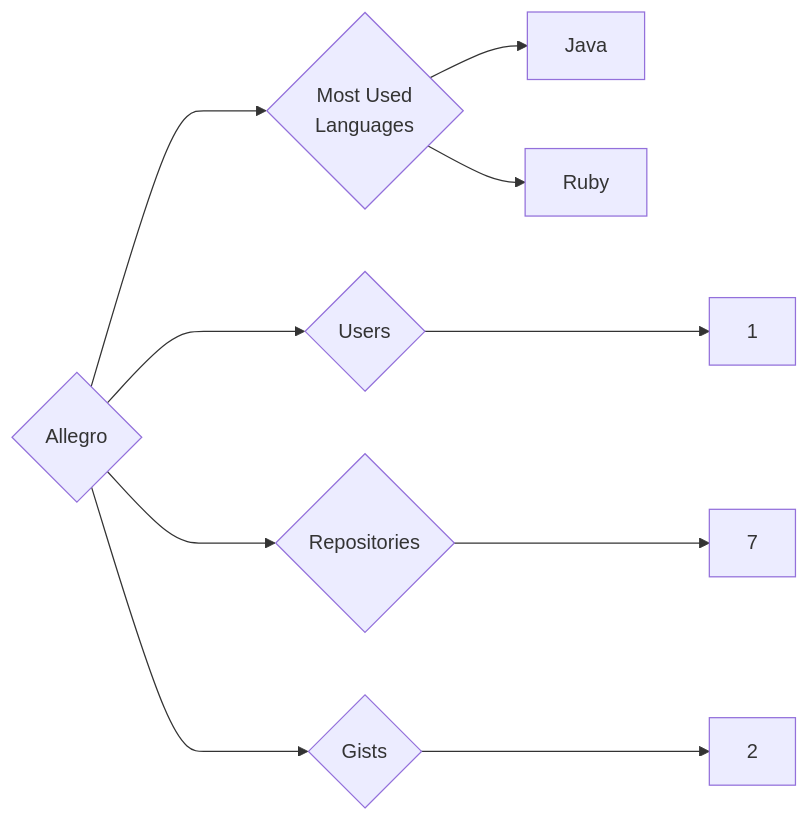
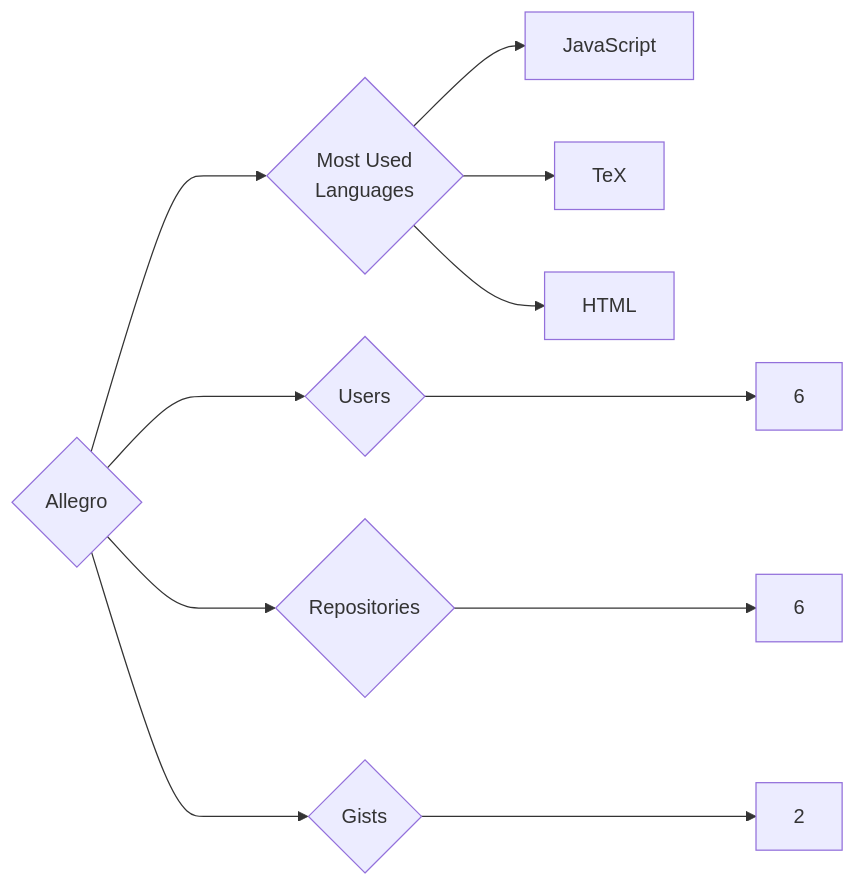
The diagram in targets/Allegro/README.md (trickest/insiders), drawn with Mermaid before and after one commit. The commit also changed 1123 other files, not shown here.

````diff
--- a/targets/Allegro/README.md
+++ b/targets/Allegro/README.md
@@ -3,10 +3,11 @@
 ```mermaid
 graph LR
 COMPANY_NAME{Allegro}
-COMPANY_NAME ---> U{Users} ---> UN[1]
-COMPANY_NAME ---> R{Repositories} ---> RN[7]
+COMPANY_NAME ---> U{Users} ---> UN[6]
+COMPANY_NAME ---> R{Repositories} ---> RN[6]
 COMPANY_NAME ---> G{Gists} ---> GN[2]
 COMPANY_NAME ---> ML{Most Used<br>Languages}
-ML --> Java[Java]
-ML --> Ruby[Ruby]
+ML --> JavaScript[JavaScript]
+ML --> TeX[TeX]
+ML --> HTML[HTML]
 ```
````
